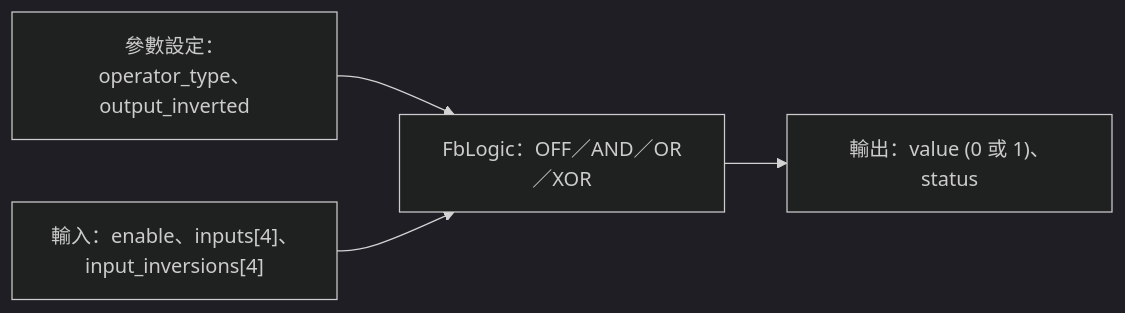
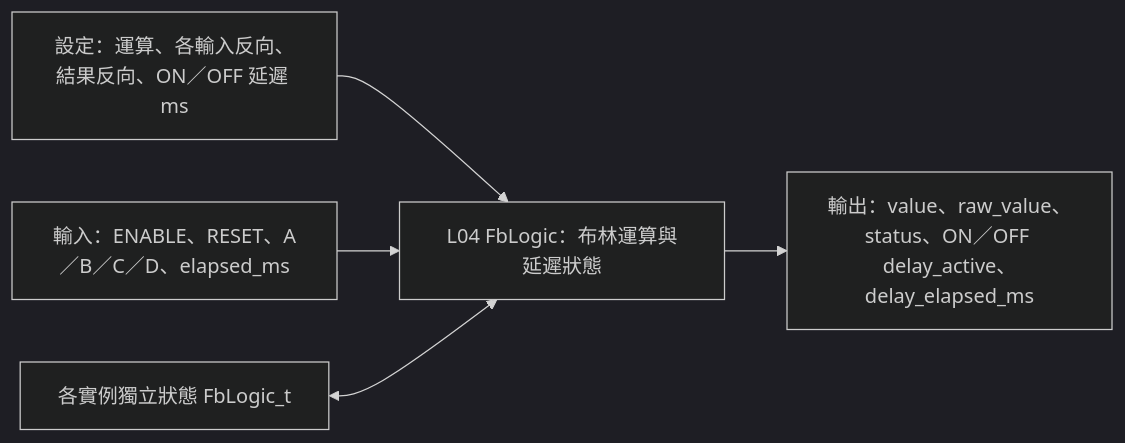
One commit to ch7lin-cyber/platForm changed the diagram in L04_FunctionBlock/Utility/FbLogic/_UnitTest/TestResult/FbLogic_HostTest.md. Above: the diagram before and after it, drawn with Mermaid (dark theme). The commit also changed other lines of this file and 12 other files, not shown here.

````diff
--- a/L04_FunctionBlock/Utility/FbLogic/_UnitTest/TestResult/FbLogic_HostTest.md
+++ b/L04_FunctionBlock/Utility/FbLogic/_UnitTest/TestResult/FbLogic_HostTest.md
@@ -5,6 +5,7 @@
 ```mermaid
 flowchart LR
-    C["參數設定：operator_type、output_inverted"] --> FB["FbLogic：OFF／AND／OR／XOR"]
-    I["輸入：enable、inputs[4]、input_inversions[4]"] --> FB
-    FB --> O["輸出：value (0 或 1)、status"]
+    C["設定：運算、各輸入反向、結果反向、ON／OFF 延遲 ms"] --> FB["L04 FbLogic：布林運算與延遲狀態"]
+    I["輸入：ENABLE、RESET、A／B／C／D、elapsed_ms"] --> FB
+    S["各實例獨立狀態 FbLogic_t"] <--> FB
+    FB --> O["輸出：value、raw_value、status、ON／OFF delay_active、delay_elapsed_ms"]
 ```
````
